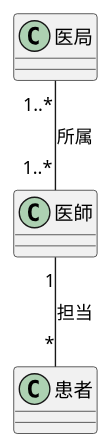
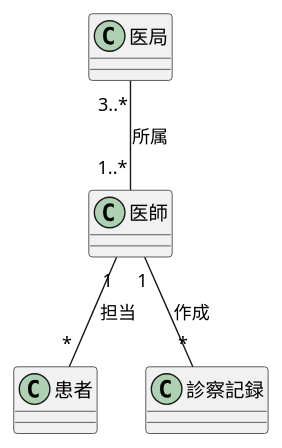
Before and after one commit to itouayumu/uml-introduction-: the diagram in 演習3-2_CL_医師と患者と医局と診療記録.pu, drawn with PlantUML.

Commit message:
修正

```diff
--- a/演習3-2_CL_医師と患者と医局と診療記録.pu
+++ b/演習3-2_CL_医師と患者と医局と診療記録.pu
@@ -1,9 +1,11 @@
 @startuml
 
 class 医師{}
 class 医局{}
 class 患者{}
-医局 "1..*" --"1..*"医師 :所属
+class 診察記録{}
+医局 "3..*" --"1..*"医師 :所属
 医師 "1"--"*"患者 :担当
+医師 "1"--"*" 診察記録 : 作成
 
 @enduml
```
